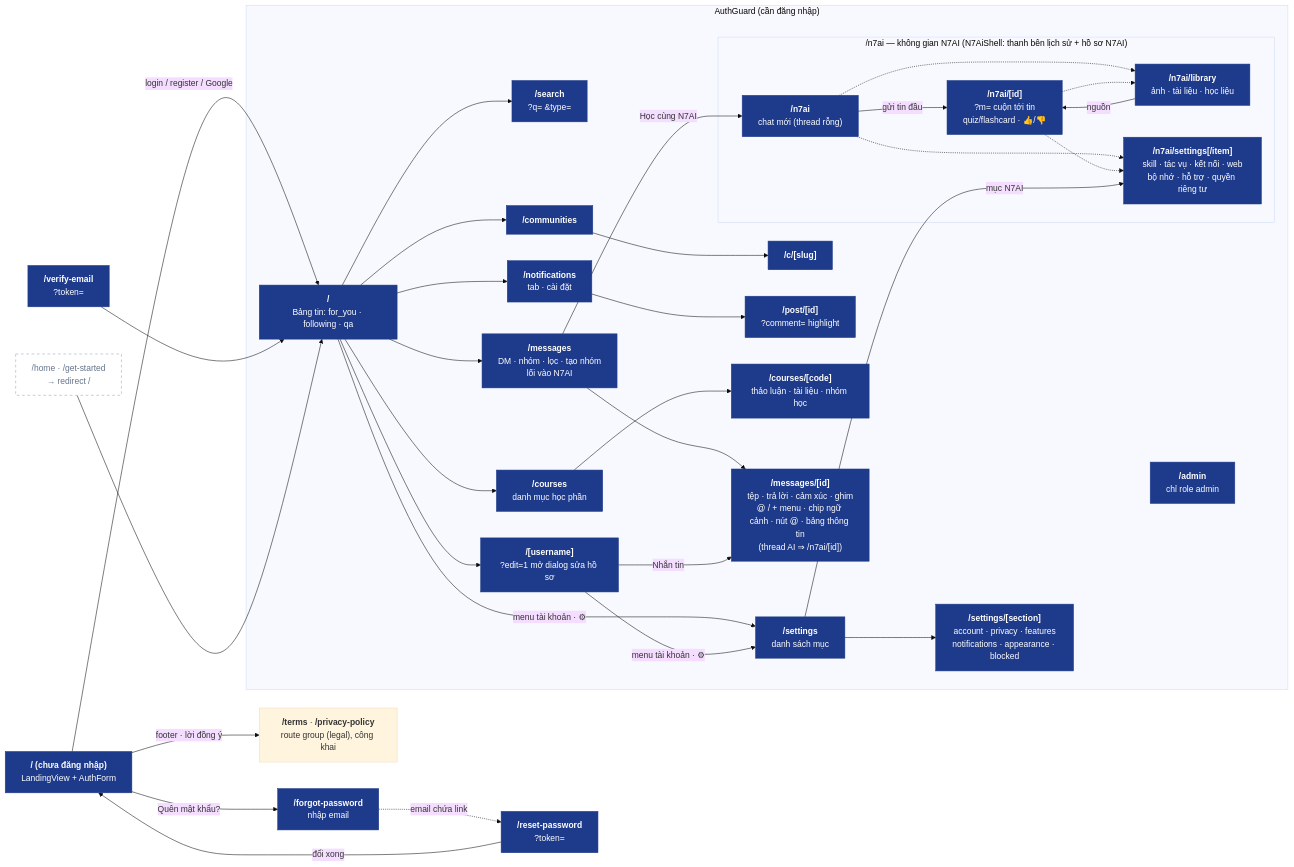
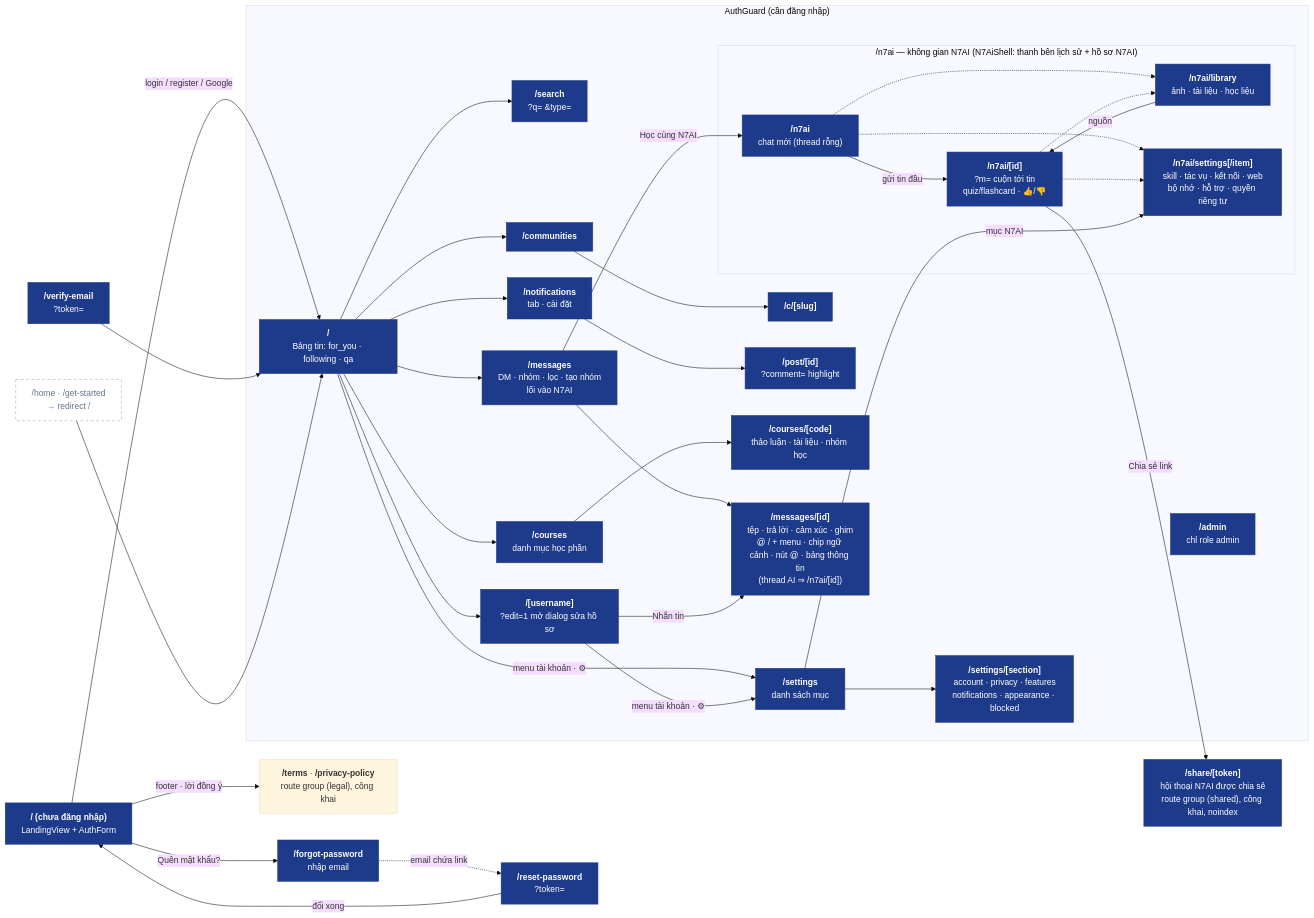
One commit to nhatcoi/pu-connect changed the first of 2 diagrams in docs/diagrams/07-web-app.md. Above: the diagram before and after it, drawn with Mermaid (base theme). The commit also changed other lines of this file and 25 other files, not shown here.

First line of the commit message:
feat(n7ai): share an N7AI conversation via public link

````diff
--- a/docs/diagrams/07-web-app.md
+++ b/docs/diagrams/07-web-app.md
@@ -7,59 +7,61 @@
 ```mermaid
 flowchart LR
   landing["<b>/ (chưa đăng nhập)</b><br/>LandingView + AuthForm"]
   verify["<b>/verify-email</b><br/>?token="]
   forgot["<b>/forgot-password</b><br/>nhập email"]
   reset["<b>/reset-password</b><br/>?token="]
   getstarted["/home · /get-started<br/>→ redirect /"]
   legal["<b>/terms</b> · <b>/privacy-policy</b><br/>route group (legal), công khai"]
+  shared["<b>/share/[token]</b><br/>hội thoại N7AI được chia sẻ<br/>route group (shared), công khai, noindex"]
 
   subgraph guarded["AuthGuard (cần đăng nhập)"]
     home["<b>/</b><br/>Bảng tin: for_you · following · qa"]
     search["<b>/search</b><br/>?q= &type="]
     comms["<b>/communities</b>"]
     comm["<b>/c/[slug]</b>"]
     profile["<b>/[username]</b><br/>?edit=1 mở dialog sửa hồ sơ"]
     notif["<b>/notifications</b><br/>tab · cài đặt"]
     post["<b>/post/[id]</b><br/>?comment= highlight"]
     courses["<b>/courses</b><br/>danh mục học phần"]
     course["<b>/courses/[code]</b><br/>thảo luận · tài liệu · nhóm học"]
     msgs["<b>/messages</b><br/>DM · nhóm · lọc · tạo nhóm<br/>lối vào N7AI"]
     thread["<b>/messages/[id]</b><br/>tệp · trả lời · cảm xúc · ghim<br/>@ / + menu · chip ngữ cảnh · nút @ · bảng thông tin<br/>(thread AI ⇒ /n7ai/[id])"]
     subgraph n7ai["/n7ai — không gian N7AI (N7AiShell: thanh bên lịch sử + hồ sơ N7AI)"]
       n7aihome["<b>/n7ai</b><br/>chat mới (thread rỗng)"]
       n7aithread["<b>/n7ai/[id]</b><br/>?m= cuộn tới tin<br/>quiz/flashcard · 👍/👎"]
       n7ailib["<b>/n7ai/library</b><br/>ảnh · tài liệu · học liệu"]
       n7aiset["<b>/n7ai/settings[/item]</b><br/>skill · tác vụ · kết nối · web<br/>bộ nhớ · hỗ trợ · quyền riêng tư"]
     end
     adminp["<b>/admin</b><br/>chỉ role admin"]
     settings["<b>/settings</b><br/>danh sách mục"]
     settingsec["<b>/settings/[section]</b><br/>account · privacy · features<br/>notifications · appearance · blocked"]
   end
 
   landing -->|login / register / Google| home
   landing -->|footer · lời đồng ý| legal
+  n7aithread -->|Chia sẻ link| shared
   verify --> home
   landing -->|Quên mật khẩu?| forgot
   forgot -.->|email chứa link| reset
   reset -->|đổi xong| landing
   getstarted --> home
   home --> search & comms & profile & notif
   notif --> post
   comms --> comm
   home --> courses & msgs
   courses --> course
   msgs --> thread
   msgs -->|Học cùng N7AI| n7aihome
   n7aihome -->|gửi tin đầu| n7aithread
   n7aihome & n7aithread -.-> n7ailib & n7aiset
   n7ailib -->|nguồn| n7aithread
   profile -->|Nhắn tin| thread
   home & profile -->|menu tài khoản · ⚙| settings
   settings --> settingsec
   settings -->|mục N7AI| n7aiset
 
   classDef page fill:#1e3a8a,stroke:#1e3a8a,color:#fff
   classDef redirect fill:#fff,stroke:#94a3b8,color:#64748b,stroke-dasharray:5 5
-  class landing,verify,forgot,reset,home,search,comms,comm,profile,notif,post,courses,course,msgs,thread,adminp,settings,settingsec,n7aihome,n7aithread,n7ailib,n7aiset page
+  class landing,verify,forgot,reset,home,search,comms,comm,profile,notif,post,courses,course,msgs,thread,adminp,settings,settingsec,n7aihome,n7aithread,n7ailib,n7aiset,shared page
   class getstarted redirect
 ```
````
